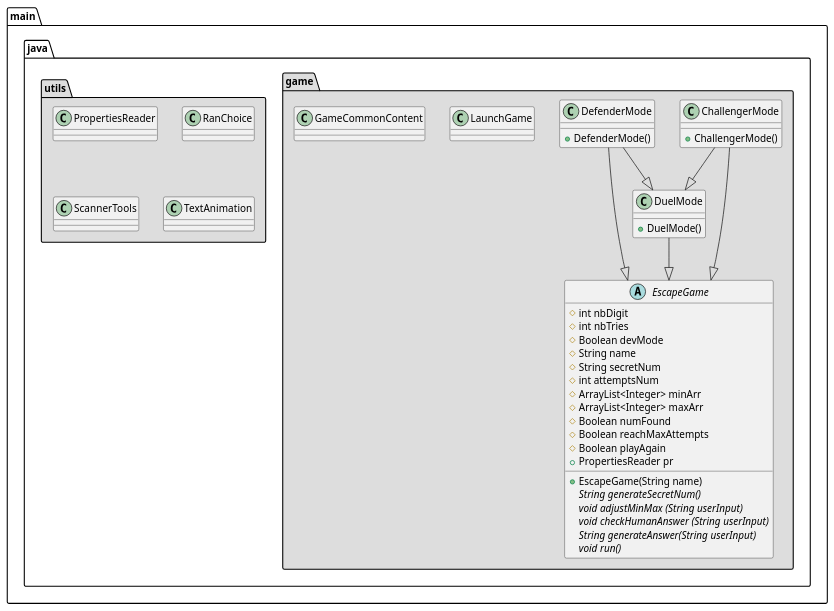
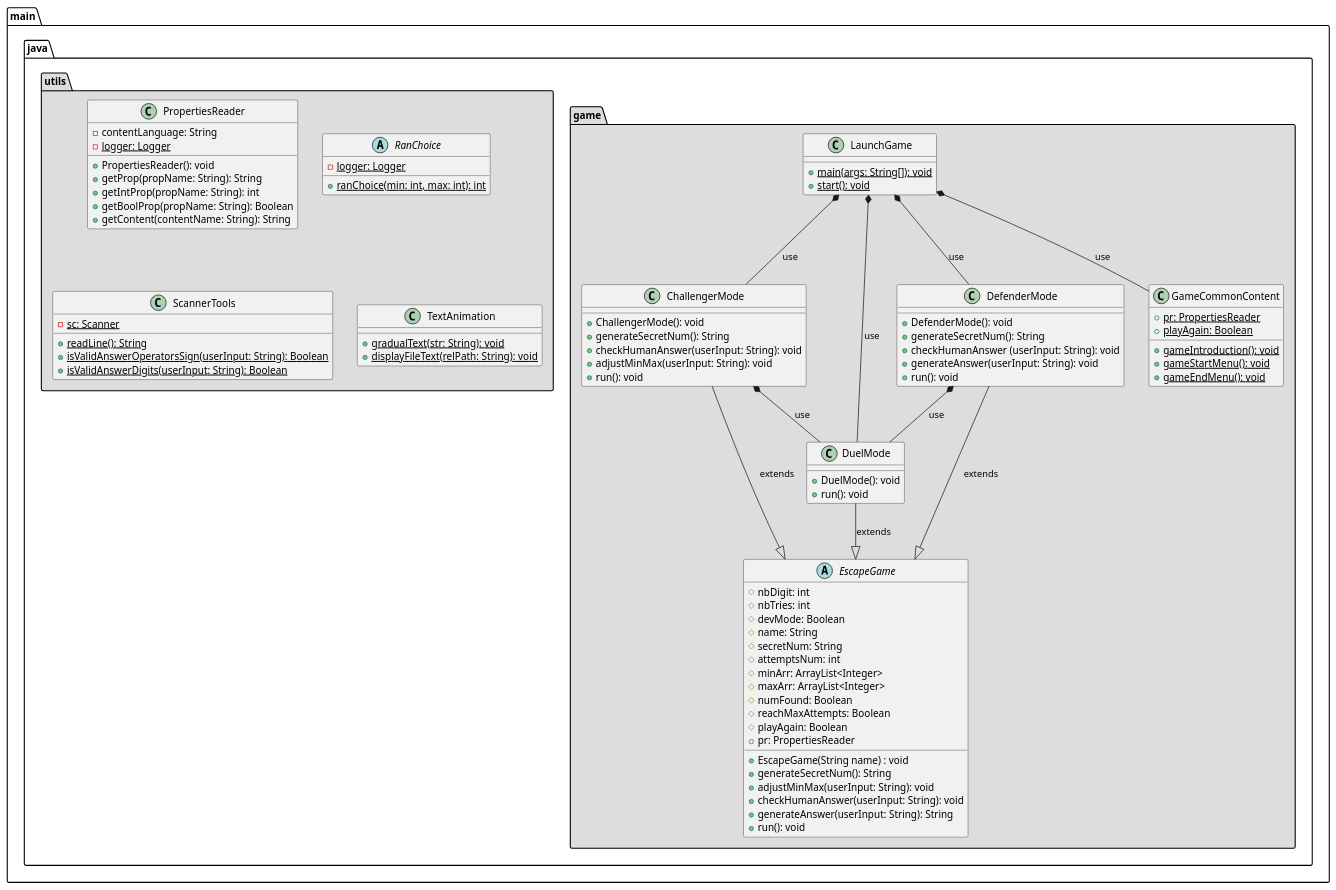
The diagram in Class.puml (rvallet/escapegameonline), drawn with PlantUML before and after one commit. The commit also changed 4 other files, not shown here.

Commit message:
adding class diagram and update pom.xml

```diff
--- a/Class.puml
+++ b/Class.puml
@@ -1,61 +1,100 @@
 @startuml
 /' Start UML Class '/
 package "main.java.game" #DDDDDD {
     abstract class EscapeGame {
-        #int nbDigit
-        #int nbTries
-        #Boolean devMode
-        #String name
-        #String secretNum
-        #int attemptsNum
-        #ArrayList<Integer> minArr
-        #ArrayList<Integer> maxArr
-        #Boolean numFound
-        #Boolean reachMaxAttempts
-        #Boolean playAgain
-        +PropertiesReader pr
+        #nbDigit: int
+        #nbTries: int
+        #devMode: Boolean
+        #name: String
+        #secretNum: String
+        #attemptsNum: int
+        #minArr: ArrayList<Integer>
+        #maxArr: ArrayList<Integer>
+        #numFound: Boolean
+        #reachMaxAttempts: Boolean
+        #playAgain: Boolean
+        +pr: PropertiesReader
 
-        +EscapeGame(String name)
-        {abstract} String generateSecretNum()
-        {abstract} void adjustMinMax (String userInput)
-        {abstract} void checkHumanAnswer (String userInput)
-        {abstract} String generateAnswer(String userInput)
-        {abstract} void run()
+        +EscapeGame(String name) : void
+        +generateSecretNum(): String
+        +adjustMinMax(userInput: String): void
+        +checkHumanAnswer(userInput: String): void
+        +generateAnswer(userInput: String): String
+        +run(): void
     }
 
     class ChallengerMode {
-        +ChallengerMode()
+        +ChallengerMode(): void
+        +generateSecretNum(): String
+        +checkHumanAnswer(userInput: String): void
+        +adjustMinMax(userInput: String): void
+        +run(): void
     }
 
     class DefenderMode {
-        +DefenderMode()
+        +DefenderMode(): void
+        +generateSecretNum(): String
+        +checkHumanAnswer (userInput: String): void
+        +generateAnswer(userInput: String): void
+        +run(): void
     }
 
     class DuelMode {
-        +DuelMode()
+        +DuelMode(): void
+        +run(): void
     }
 
     class LaunchGame {
+    +{static}main(args: String[]): void
+    +{static}start(): void
     }
 
     class GameCommonContent {
+    +{static}pr: PropertiesReader
+    +{static}playAgain: Boolean
+    +{static}gameIntroduction(): void
+    +{static}gameStartMenu(): void
+    +{static}gameEndMenu(): void
     }
 
-   ChallengerMode --|> EscapeGame
-   DefenderMode  --|> EscapeGame
-   DuelMode  --|> EscapeGame
-   ChallengerMode --|> DuelMode
-   DefenderMode --|> DuelMode
+   ChallengerMode --|> EscapeGame : extends
+   DefenderMode  --|> EscapeGame : extends
+   DuelMode  --|> EscapeGame : extends
+   ChallengerMode *-- DuelMode : use
+   DefenderMode *-- DuelMode : use
+   LaunchGame *-- GameCommonContent : use
+   LaunchGame *-- ChallengerMode : use
+   LaunchGame *-- DefenderMode : use
+   LaunchGame *-- DuelMode : use
+
 }
 
 package "main.java.utils" #DDDDDD {
     class PropertiesReader {
+     -contentLanguage: String
+     -{static}logger: Logger
+     +PropertiesReader(): void
+     +getProp(propName: String): String
+     +getIntProp(propName: String): int
+     +getBoolProp(propName: String): Boolean
+     +getContent(contentName: String): String
     }
-    class RanChoice {
+
+    abstract class RanChoice {
+    -{static}logger: Logger
+    +{static}ranChoice(min: int, max: int): int
     }
+
     class ScannerTools {
+    -{static}sc: Scanner
+    +{static}readLine(): String
+    +{static}isValidAnswerOperatorsSign(userInput: String): Boolean
+    +{static}isValidAnswerDigits(userInput: String): Boolean
     }
+
     class TextAnimation {
+    +{static}gradualText(str: String): void
+    +{static}displayFileText(relPath: String): void
     }
 }
 @enduml
```
